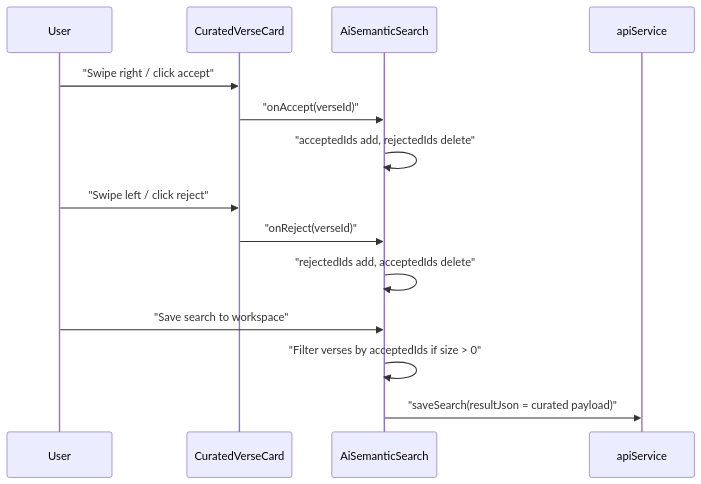
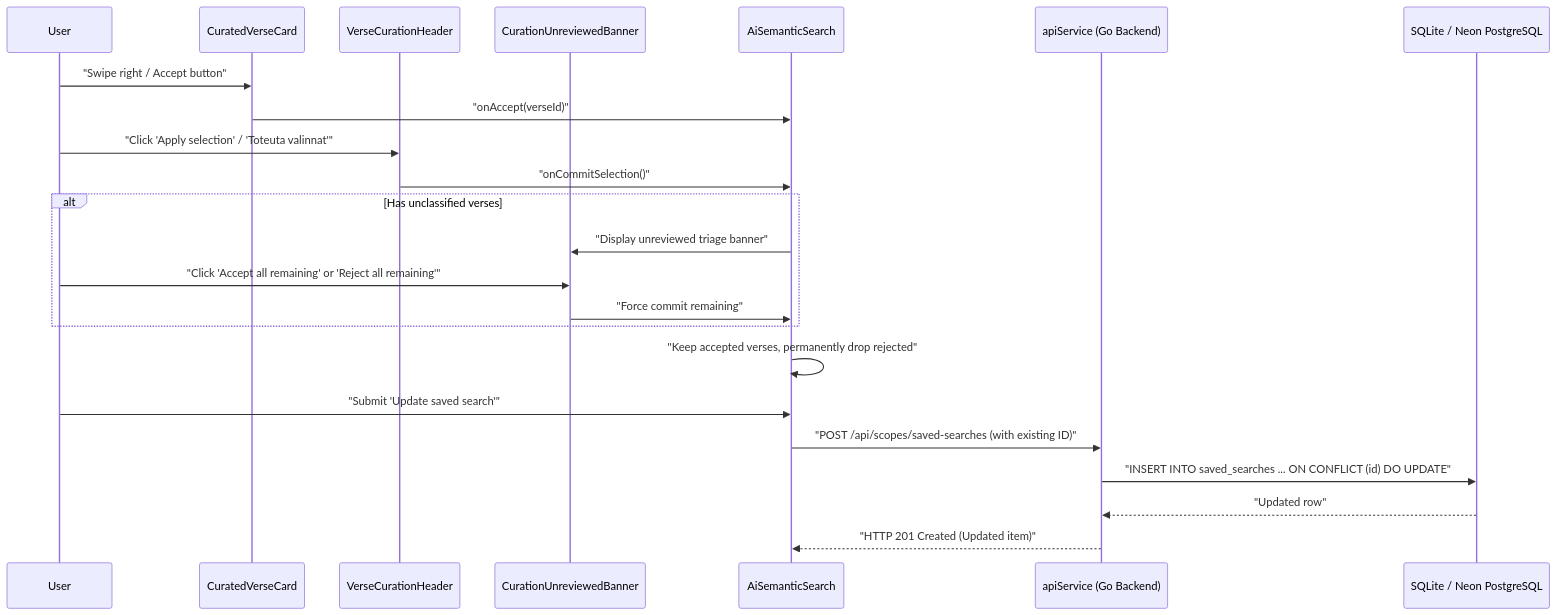
One commit to mvirtai/clible-v3-go changed the first of 2 diagrams in pr_stories/115-feat-semantic-search-verse-curation-and-swipe-triage.md. Above: the diagram before and after it, drawn with Mermaid. The commit also changed other lines of this file, not shown here.

Commit message:
docs(search): update PR story 115 with commit triage and search update details

````diff
--- a/pr_stories/115-feat-semantic-search-verse-curation-and-swipe-triage.md
+++ b/pr_stories/115-feat-semantic-search-verse-curation-and-swipe-triage.md
@@ -19,17 +21,26 @@
 ```mermaid
 sequenceDiagram
     participant User as User
     participant Card as CuratedVerseCard
+    participant Header as VerseCurationHeader
+    participant Modal as CurationUnreviewedBanner
     participant Search as AiSemanticSearch
-    participant API as apiService
+    participant API as apiService (Go Backend)
+    participant DB as SQLite / Neon PostgreSQL
 
-    User->>Card: "Swipe right / click accept"
+    User->>Card: "Swipe right / Accept button"
     Card->>Search: "onAccept(verseId)"
-    Search->>Search: "acceptedIds add, rejectedIds delete"
-    User->>Card: "Swipe left / click reject"
-    Card->>Search: "onReject(verseId)"
-    Search->>Search: "rejectedIds add, acceptedIds delete"
-    User->>Search: "Save search to workspace"
-    Search->>Search: "Filter verses by acceptedIds if size > 0"
-    Search->>API: "saveSearch(resultJson = curated payload)"
+    User->>Header: "Click 'Apply selection' / 'Toteuta valinnat'"
+    Header->>Search: "onCommitSelection()"
+    alt Has unclassified verses
+        Search->>Modal: "Display unreviewed triage banner"
+        User->>Modal: "Click 'Accept all remaining' or 'Reject all remaining'"
+        Modal->>Search: "Force commit remaining"
+    end
+    Search->>Search: "Keep accepted verses, permanently drop rejected"
+    User->>Search: "Submit 'Update saved search'"
+    Search->>API: "POST /api/scopes/saved-searches (with existing ID)"
+    API->>DB: "INSERT INTO saved_searches ... ON CONFLICT (id) DO UPDATE"
+    DB-->>API: "Updated row"
+    API-->>Search: "HTTP 201 Created (Updated item)"
 ```
````
